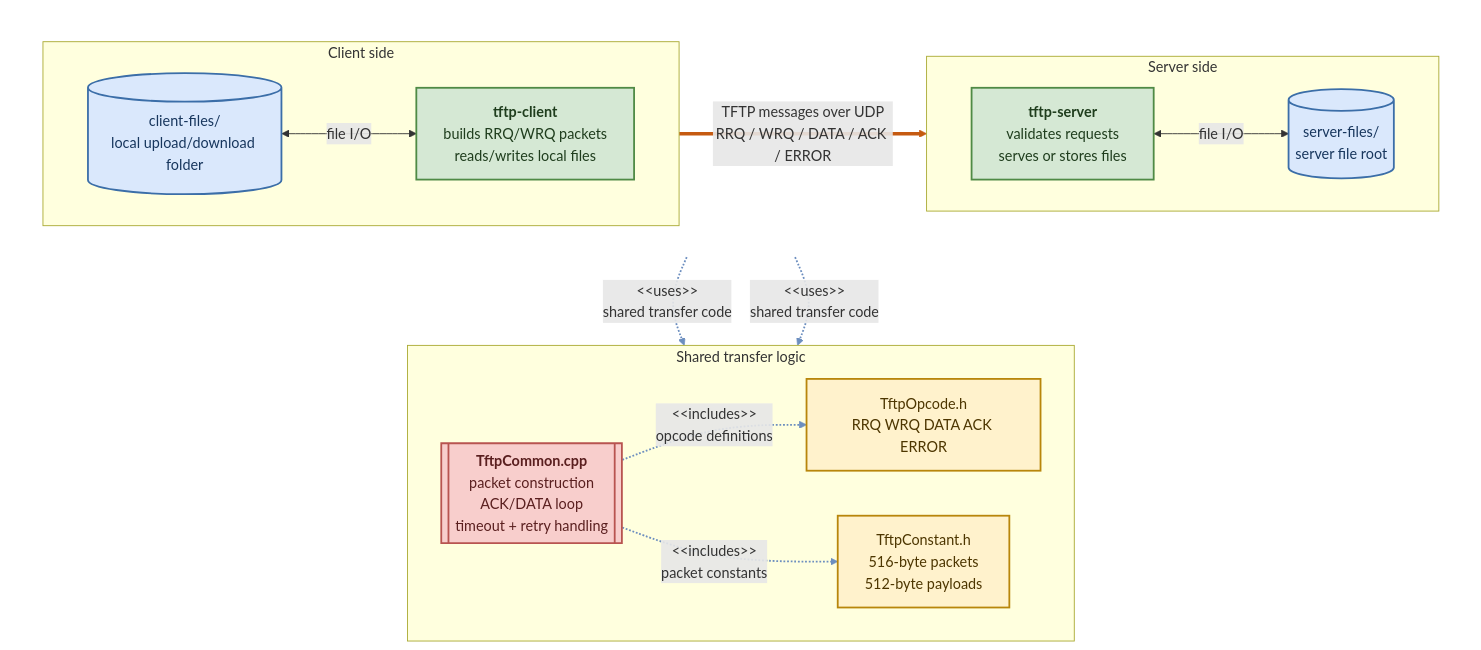
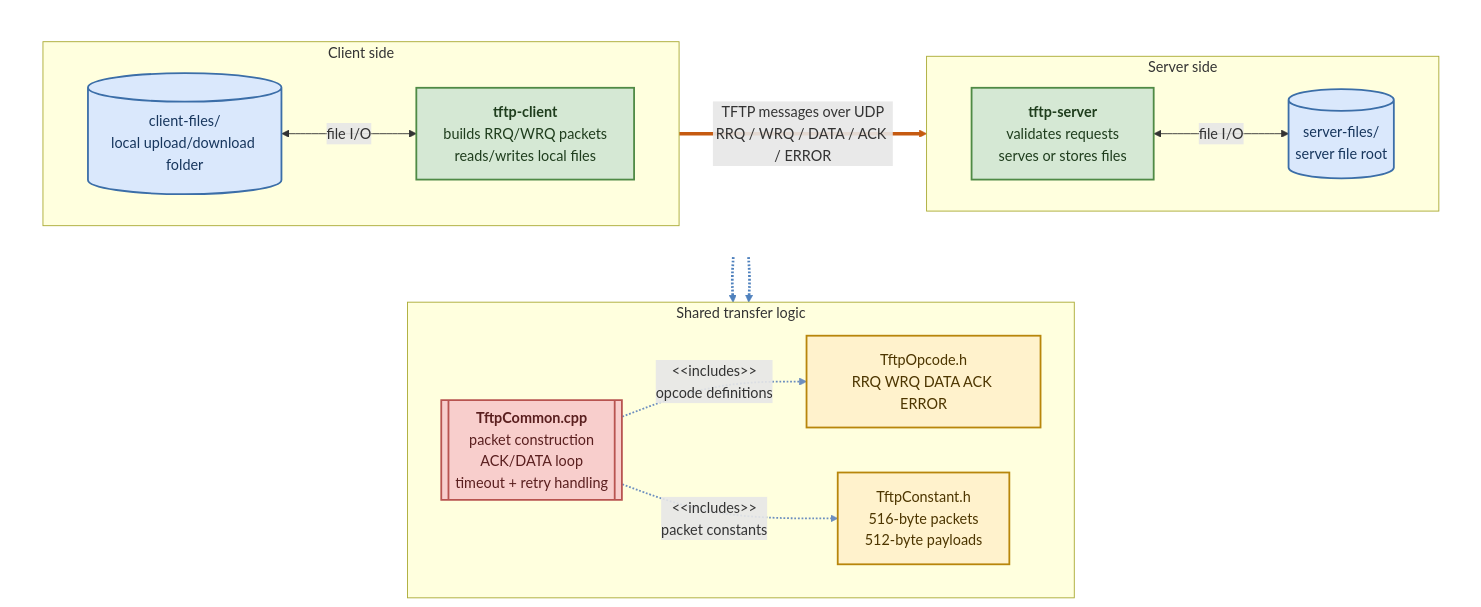
Before and after one commit to WNaderi/udp-file-transfer: the first of 3 diagrams in README.md, drawn with Mermaid. The commit also changed other lines of this file, not shown here.

Commit message:
Changing arch rendering to display correctly on repo page.

````diff
--- a/README.md
+++ b/README.md
@@ -23,46 +23,47 @@
 ```mermaid
 flowchart TB
     subgraph TopRow[" "]
         direction LR
         subgraph ClientSide["Client side"]
             direction LR
             ClientFiles[("client-files/<br/>local upload/download folder")]
             Client["<b>tftp-client</b><br/>builds RRQ/WRQ packets<br/>reads/writes local files"]
         end
 
         subgraph ServerSide["Server side"]
             direction LR
             Server["<b>tftp-server</b><br/>validates requests<br/>serves or stores files"]
             ServerFiles[("server-files/<br/>server file root")]
         end
     end
 
     subgraph SharedLogic["Shared transfer logic"]
         direction LR
         Opcodes["TftpOpcode.h<br/>RRQ WRQ DATA ACK ERROR"]
         Common[["<b>TftpCommon.cpp</b><br/>packet construction<br/>ACK/DATA loop<br/>timeout + retry handling"]]
         Constants["TftpConstant.h<br/>516-byte packets<br/>512-byte payloads"]
     end
 
     ClientFiles <-->|file I/O| Client
     Server <-->|file I/O| ServerFiles
     Client ==>|"TFTP messages over UDP<br/>RRQ / WRQ / DATA / ACK / ERROR"| Server
-    Client -.->|&lt;&lt;uses&gt;&gt;<br/>shared transfer code| Common
-    Server -.->|&lt;&lt;uses&gt;&gt;<br/>shared transfer code| Common
+    Client -.-> Common
+    Server -.-> Common
     Common -.->|&lt;&lt;includes&gt;&gt;<br/>opcode definitions| Opcodes
     Common -.->|&lt;&lt;includes&gt;&gt;<br/>packet constants| Constants
 
     classDef storage fill:#dae8fc,stroke:#3b6ea8,stroke-width:2px,color:#17365d;
     classDef executable fill:#d5e8d4,stroke:#4f8a45,stroke-width:2px,color:#1f3d1d;
     classDef shared fill:#f8cecc,stroke:#b85450,stroke-width:2px,color:#5a1f1f;
     classDef config fill:#fff2cc,stroke:#b8860b,stroke-width:2px,color:#4d3600;
 
     class ClientFiles,ServerFiles storage;
     class Client,Server executable;
     class Common shared;
     class Opcodes,Constants config;
 
     style TopRow fill:transparent,stroke:transparent;
     linkStyle 2 stroke:#c55a11,stroke-width:4px;
-    linkStyle 3,4,5,6 stroke:#6c8ebf,stroke-width:2px;
+    linkStyle 3,4 stroke:#4f81bd,stroke-width:3px;
+    linkStyle 5,6 stroke:#6c8ebf,stroke-width:2px;
 ```
````
